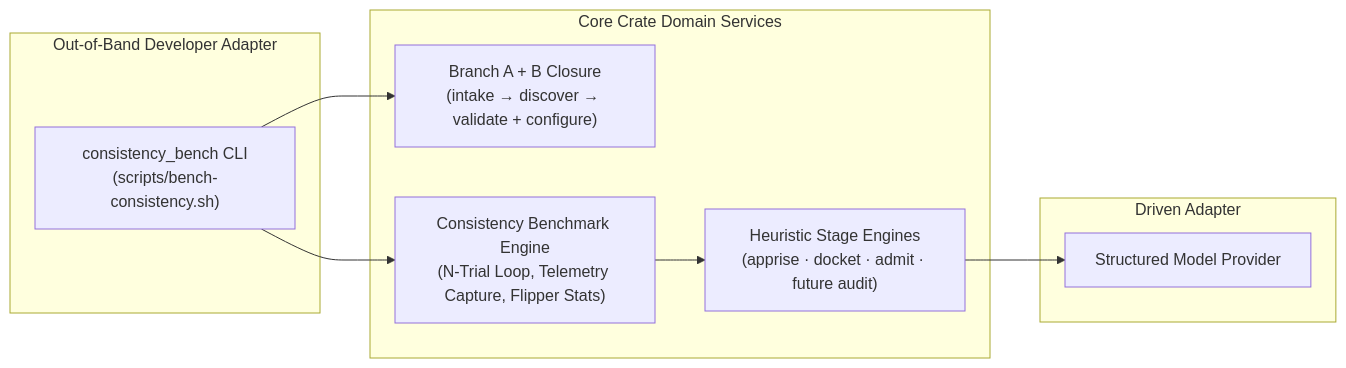
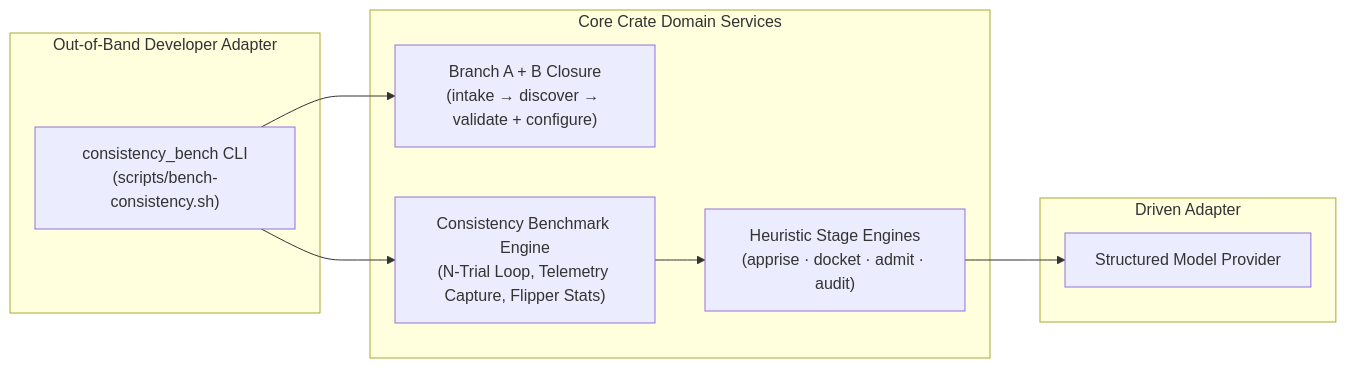
The first of 2 diagrams in docs/architecture/benchmarking.md (jimbojw/canon-clerk), drawn with Mermaid before and after one commit. The commit also changed other lines of this file and 27 other files, not shown here.

First line of the commit message:
feat(core,cli): implement audit Caseload DAG stage and CLI subcommand in native Rust (#295) (#298)

````diff
--- a/docs/architecture/benchmarking.md
+++ b/docs/architecture/benchmarking.md
@@ -35,21 +35,21 @@
 ```mermaid
 flowchart LR
     subgraph DevAdapter ["Out-of-Band Developer Adapter"]
         Runner["consistency_bench CLI<br/>(scripts/bench-consistency.sh)"]
     end
 
     subgraph HexagonCore ["Core Crate Domain Services"]
         Upstream["Branch A + B Closure<br/>(intake → discover → validate + configure)"]
         Bench["Consistency Benchmark Engine<br/>(N-Trial Loop, Telemetry Capture, Flipper Stats)"]
-        Stages["Heuristic Stage Engines<br/>(apprise · docket · admit · future audit)"]
+        Stages["Heuristic Stage Engines<br/>(apprise · docket · admit · audit)"]
     end
 
     subgraph DrivenPort ["Driven Adapter"]
         Provider["Structured Model Provider"]
     end
 
     Runner --> Upstream
     Runner --> Bench
     Bench --> Stages
     Stages --> Provider
 ```
````
